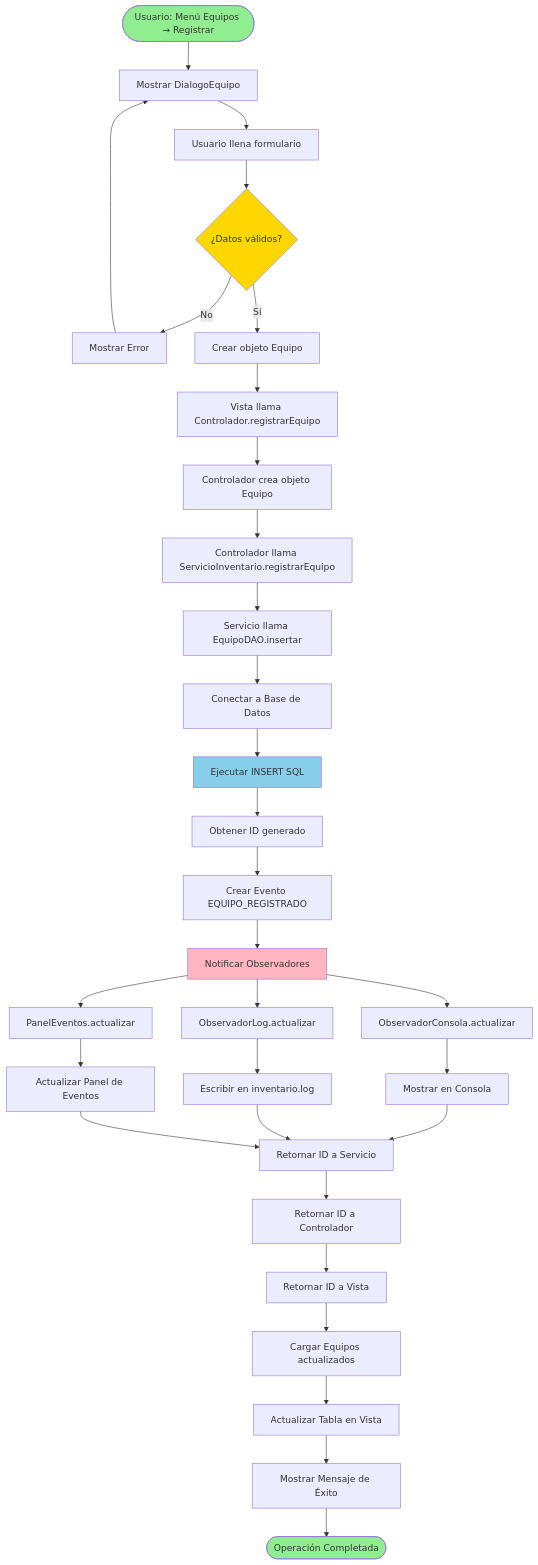
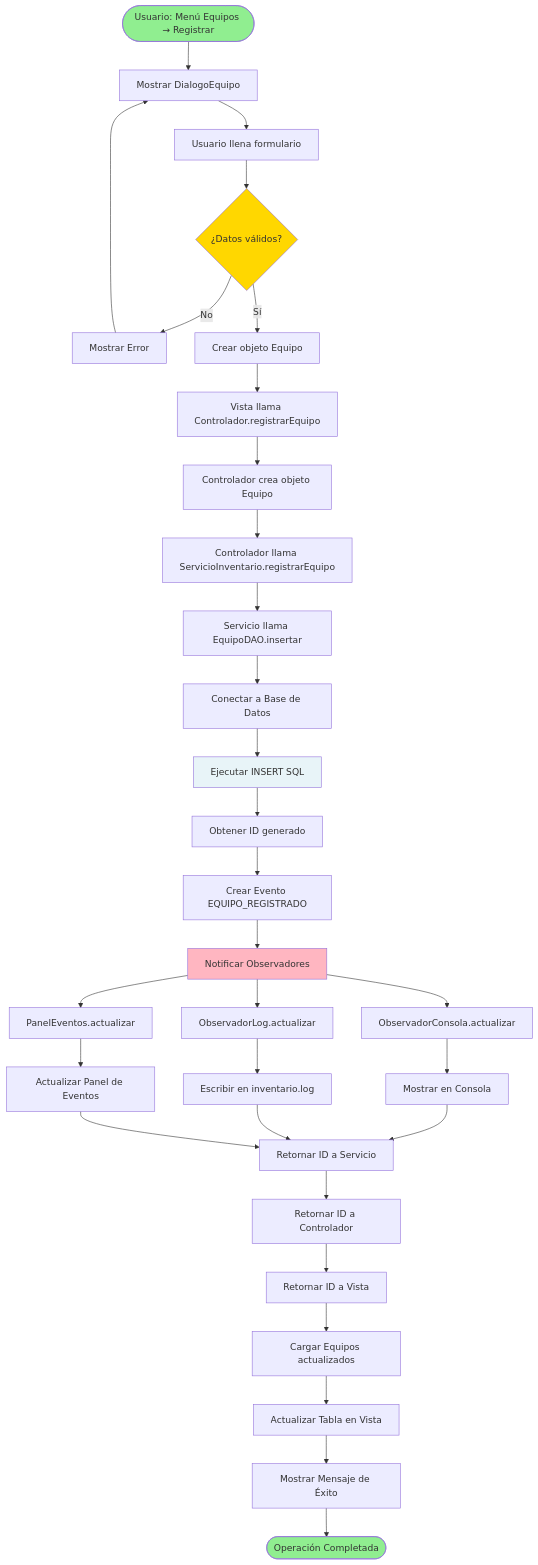
One commit to EduardoMorales-05/LP3-G04-SG03 changed the second of 6 diagrams in Dfd.md. Above: the diagram before and after it, drawn with Mermaid. The commit also changed other lines of this file, not shown here.

````diff
--- a/Dfd.md
+++ b/Dfd.md
@@ -35,39 +35,39 @@
 ```mermaid
 flowchart TD
     Start([Usuario: Menú Equipos → Registrar]) --> MostrarDialogo[Mostrar DialogoEquipo]
     MostrarDialogo --> UsuarioLlena[Usuario llena formulario]
     UsuarioLlena --> Validar{¿Datos válidos?}
     Validar -->|No| MostrarError[Mostrar Error]
     MostrarError --> MostrarDialogo
     Validar -->|Sí| CrearEquipo[Crear objeto Equipo]
     CrearEquipo --> LlamarControlador[Vista llama Controlador.registrarEquipo]
     LlamarControlador --> ControladorCrea[Controlador crea objeto Equipo]
     ControladorCrea --> LlamarServicio[Controlador llama ServicioInventario.registrarEquipo]
     LlamarServicio --> ServicioLlamaDAO[Servicio llama EquipoDAO.insertar]
     ServicioLlamaDAO --> ConectarBD[Conectar a Base de Datos]
     ConectarBD --> InsertarSQL[Ejecutar INSERT SQL]
     InsertarSQL --> ObtenerID[Obtener ID generado]
     ObtenerID --> CrearEvento[Crear Evento EQUIPO_REGISTRADO]
     CrearEvento --> NotificarObservadores[Notificar Observadores]
     NotificarObservadores --> ObservadorConsola[ObservadorConsola.actualizar]
     NotificarObservadores --> ObservadorLog[ObservadorLog.actualizar]
     NotificarObservadores --> PanelEventos[PanelEventos.actualizar]
     ObservadorConsola --> MostrarConsola[Mostrar en Consola]
     ObservadorLog --> EscribirLog[Escribir en inventario.log]
     PanelEventos --> ActualizarUI[Actualizar Panel de Eventos]
     MostrarConsola --> RetornarServicio[Retornar ID a Servicio]
     EscribirLog --> RetornarServicio
     ActualizarUI --> RetornarServicio
     RetornarServicio --> RetornarControlador[Retornar ID a Controlador]
     RetornarControlador --> RetornarVista[Retornar ID a Vista]
     RetornarVista --> CargarEquipos[Cargar Equipos actualizados]
     CargarEquipos --> ActualizarTabla[Actualizar Tabla en Vista]
     ActualizarTabla --> MostrarExito[Mostrar Mensaje de Éxito]
     MostrarExito --> End([Operación Completada])
     
     style Start fill:#90EE90
     style End fill:#90EE90
     style Validar fill:#FFD700
     style NotificarObservadores fill:#FFB6C1
-    style InsertarSQL fill:#87CEEB
+    style InsertarSQL fill:#E8F4F8
 ```
````
